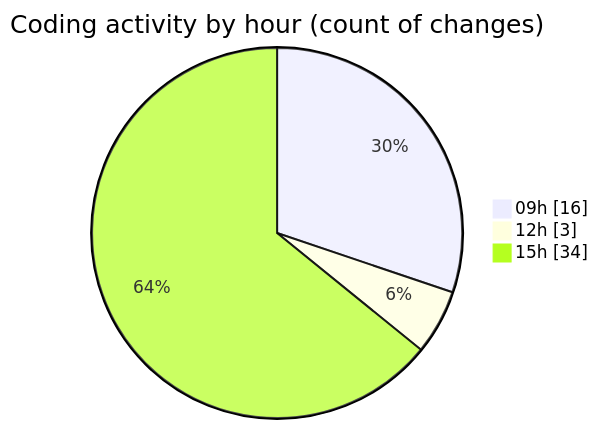
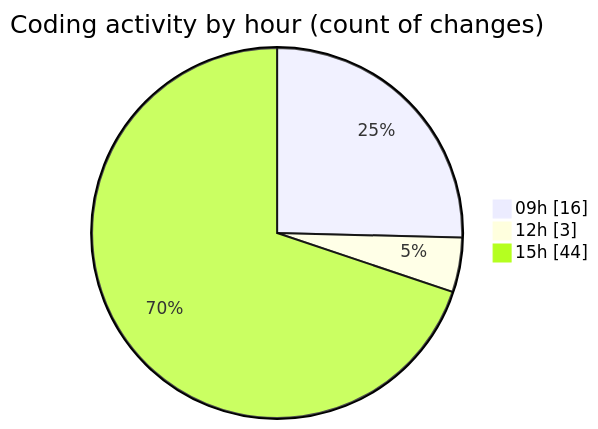
Before and after one commit to momahboobian/code-tracking: the second of 2 diagrams in 2025-07-08/cda/README.md, drawn with Mermaid. The commit also changed other lines of this file and 1 other file, not shown here.

````diff
--- a/2025-07-08/cda/README.md
+++ b/2025-07-08/cda/README.md
@@ -43,7 +47,7 @@
 ```mermaid
 pie showData
 title Coding activity by hour (count of changes)
 "09h" : 16
 "12h" : 3
-"15h" : 34
+"15h" : 44
 ```
````
